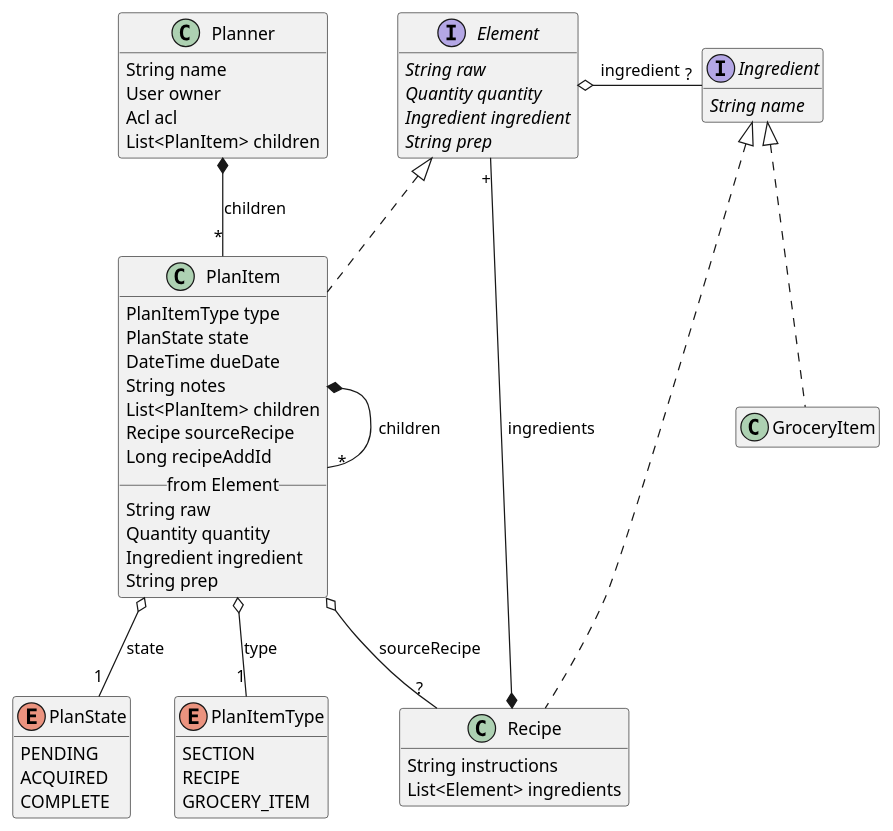
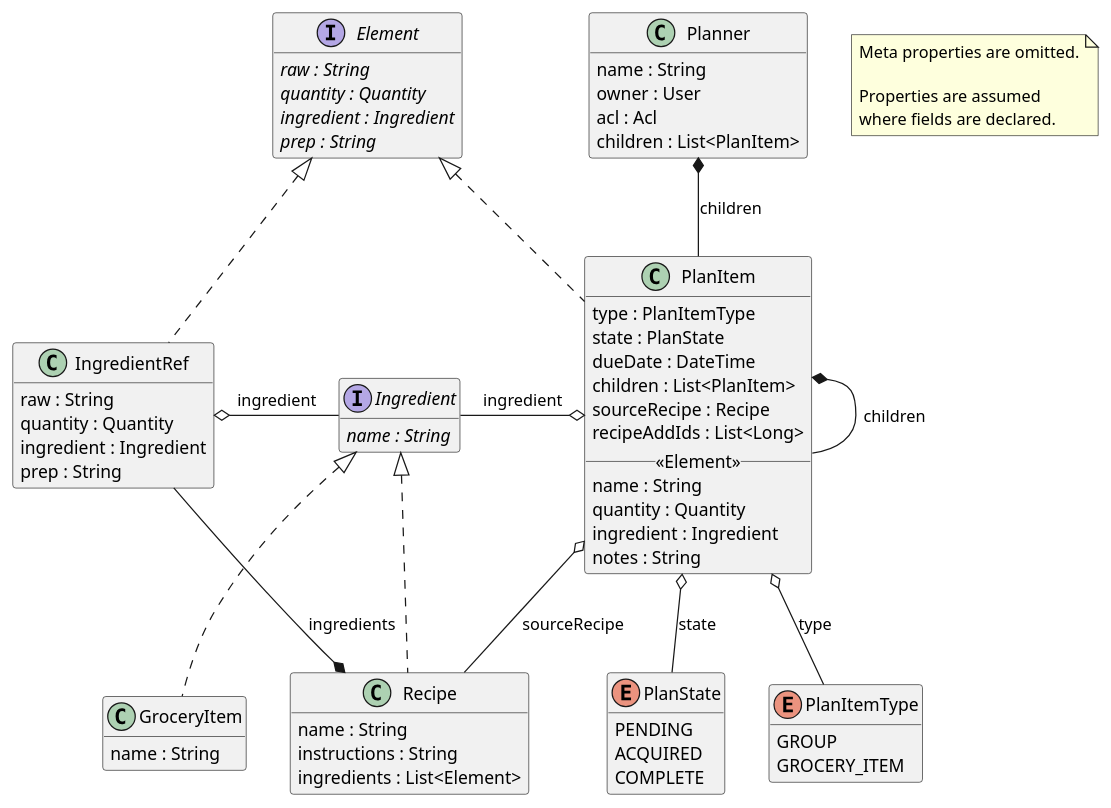
The diagram in diagrams/planner.puml (switzerb/cookbook), drawn with PlantUML before and after one commit.

Commit message:
revision/expansion/tightening of the planner model

```diff
--- a/diagrams/planner.puml
+++ b/diagrams/planner.puml
@@ -1,68 +1,81 @@
 @startuml
 hide empty members
+note as N1
+    Meta properties are omitted.
 
-enum PlanState {
-    PENDING
-    ACQUIRED
-    COMPLETE
+    Properties are assumed
+    where fields are declared.
+end note
+
+class Planner {
+    name : String
+    owner : User
+    acl : Acl
+    children : List<PlanItem>
 }
-enum PlanItemType {
-    SECTION
-    RECIPE
-    GROCERY_ITEM
+Planner *-- PlanItem : children
+together {
+    enum PlanState {
+        PENDING
+        ACQUIRED
+        COMPLETE
+    }
+    enum PlanItemType {
+        ' Presence of sourceRecipe indicates whether a GROUP item
+        ' represents a recipe or a "simple" section.
+        GROUP
+        GROCERY_ITEM
+    }
 }
-class Planner {
-    String name
-    User owner
-    Acl acl
-    List<PlanItem> children
+class PlanItem {
+    type : PlanItemType
+    state : PlanState
+    dueDate : DateTime
+    children : List<PlanItem>
+    ' Locked at create time, supersedes ingredient.
+    sourceRecipe : Recipe
+    ' Per recipe-add event. If a recipe includes another recipe
+    ' ingredients of the nested recipe will have to ids, one for
+    ' the added recipe and one for the nested recipe. The IDs
+    ' are opaque values used only for equality checks.
+    recipeAddIds : List<Long>
+    __ «Element» __
+    name : String
+    quantity : Quantity
+    ' based on parsing name
+    ingredient : Ingredient
+    notes : String
 }
-Planner *-- "*" PlanItem : children
-class PlanItem implements Element {
-    PlanItemType type
-    PlanState state
-    DateTime dueDate
-    String notes
-    List<PlanItem> children
-    Recipe sourceRecipe
-    Long recipeAddId
-    __ from Element __
-    String raw
-    Quantity quantity
-    Ingredient ingredient
-    String prep
+'can't control direction of the arrow w/ class syntax
+PlanItem .l.|> Element
+PlanItem o-- Recipe : sourceRecipe
+PlanItem *- PlanItem : children
+PlanItem o-l- Ingredient : ingredient
+PlanItem o-- PlanItemType : type
+PlanItem o-- PlanState : state
+interface Element {
+    {abstract} raw : String
+    {abstract} quantity : Quantity
+    {abstract} ingredient : Ingredient
+    {abstract} prep : String
 }
-PlanItem o-- "1" PlanItemType : type
-PlanItem o-- "1" PlanState : state
-PlanItem *-- "*" PlanItem : children
-PlanItem o-- "?" Recipe : sourceRecipe
-interface Element {
-    {abstract} String raw
-    {abstract} Quantity quantity
-    {abstract} Ingredient ingredient
-    {abstract} String prep
+interface Ingredient {
+    {abstract} name : String
 }
-Element o-  "?" Ingredient : ingredient
-interface Ingredient {
-    {abstract} String name
+class GroceryItem implements Ingredient {
+    name : String
 }
 class Recipe implements Ingredient {
-    String instructions
-    List<Element> ingredients
+    name : String
+    instructions : String
+    ingredients : List<Element>
 }
-Recipe *-u- "+" Element : ingredients
-class GroceryItem implements Ingredient {
+Recipe *-u- IngredientRef : ingredients
+class IngredientRef implements Element {
+    raw : String
+    quantity : Quantity
+    ingredient : Ingredient
+    prep : String
 }
-'package uom {
-'    Element *-- "?" Quantity : quantity
-'    class Quantity {
-'        double amount
-'        Unit unit
-'    }
-'    Quantity *-- Unit : unit
-'    class Unit {
-'        String name
-'        Map<Unit, Double> conversions
-'    }
-'}
+IngredientRef o-  Ingredient : ingredient
 @enduml
```
